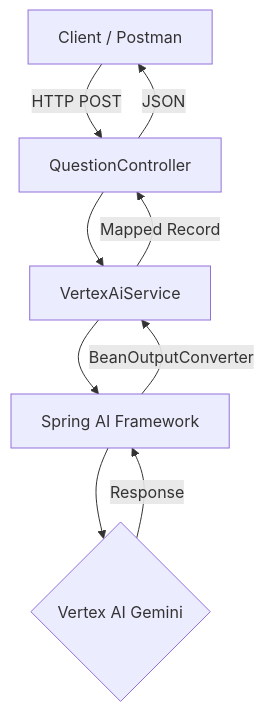
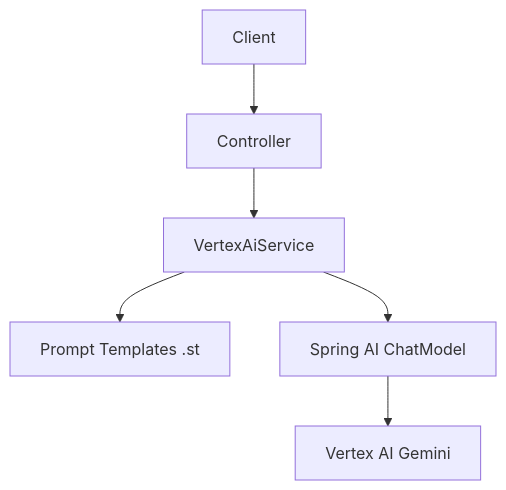
One commit to JuhMaran/spring-ai-vertex changed the second of 2 diagrams in README.md. Above: the diagram before and after it, drawn with Mermaid. The commit also changed other lines of this file, not shown here.

````diff
--- a/README.md
+++ b/README.md
@@ -9,11 +152,8 @@
 ```mermaid
-graph TD
-    A[Client / Postman] -->|HTTP POST| B[QuestionController]
+flowchart TD
+    A[Client] --> B[Controller]
     B --> C[VertexAiService]
-    C --> D[Spring AI Framework]
-    D --> E{Vertex AI Gemini}
-    E -->|Response| D
-    D -->|BeanOutputConverter| C
-    C -->|Mapped Record| B
-    B -->|JSON| A
+    C --> D[Prompt Templates .st]
+    C --> E[Spring AI ChatModel]
+    E --> F[Vertex AI Gemini]
 ```
````
